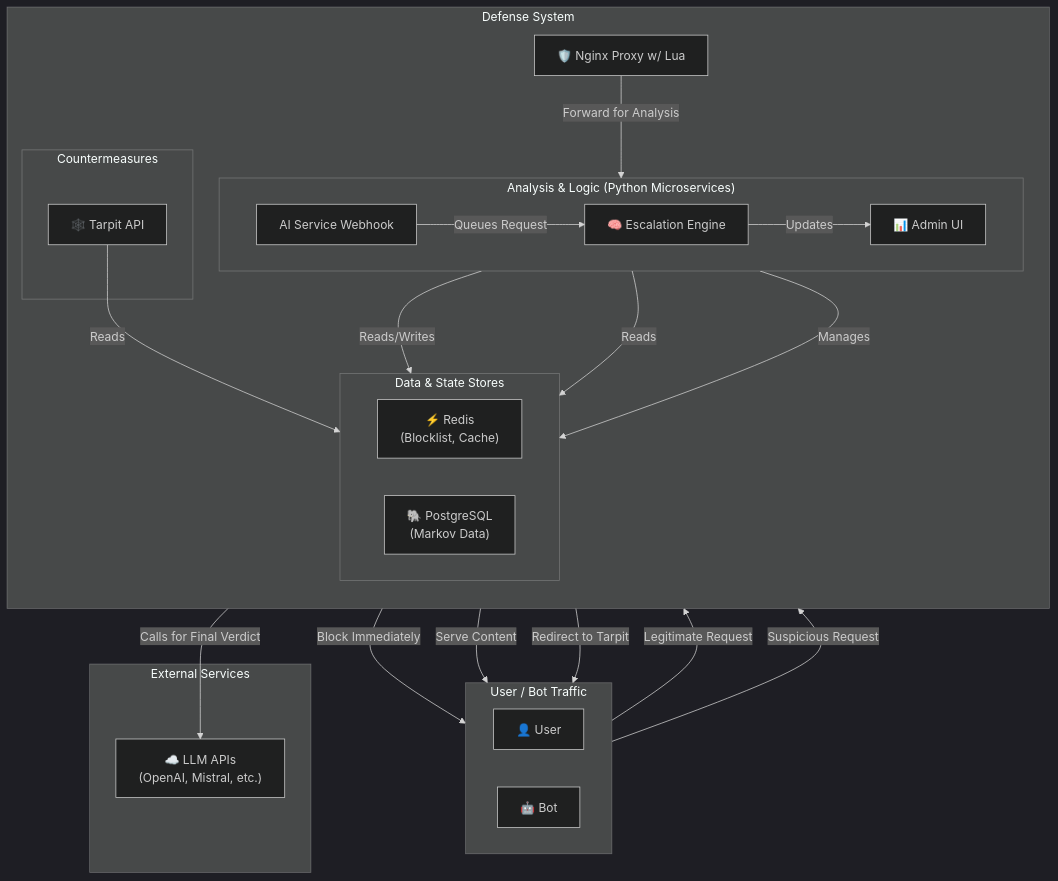
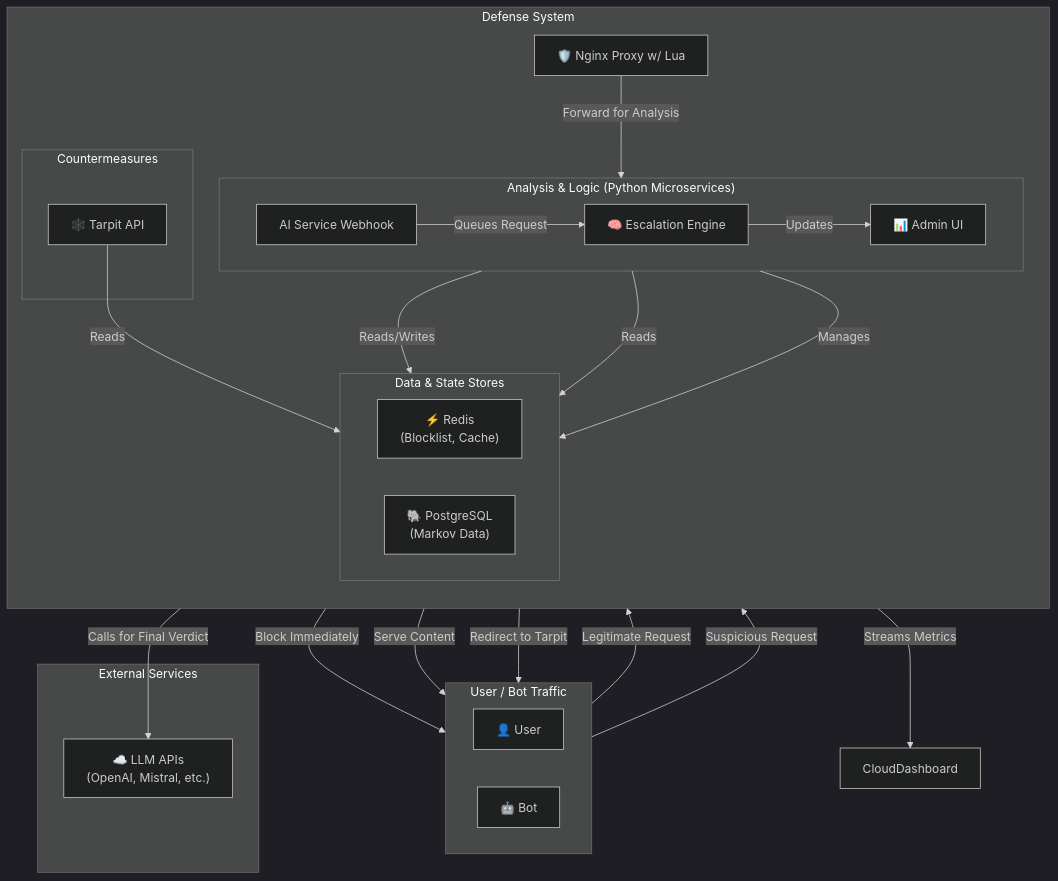
The third of 3 diagrams in docs/architecture.md (rhamenator/ai-scraping-defense), drawn with Mermaid (dark theme) before and after one commit. The commit also changed other lines of this file and 9 other files, not shown here.

Commit message:
Add cloud dashboard service

````diff
--- a/docs/architecture.md
+++ b/docs/architecture.md
@@ -107,52 +111,53 @@
 ```mermaid
 graph TD
     subgraph "User / Bot Traffic"
         direction LR
         User["👤 User"]
         Bot["🤖 Bot"]
     end
 
     subgraph "Defense System"
         direction TB
         Nginx["🛡️ Nginx Proxy w/ Lua"]
 
         subgraph "Analysis & Logic (Python Microservices)"
             direction LR
             AIService["AI Service Webhook"]
             EscalationEngine["🧠 Escalation Engine"]
             AdminUI["📊 Admin UI"]
         end
 
         subgraph "Countermeasures"
             TarpitAPI["🕸️ Tarpit API"]
         end
 
         subgraph "Data & State Stores"
             direction LR
             Redis["⚡ Redis\n(Blocklist, Cache)"]
             Postgres["🐘 PostgreSQL\n(Markov Data)"]
         end
     end
 
     subgraph "External Services"
         LLM["☁️ LLM APIs\n(OpenAI, Mistral, etc.)"]
     end
 
     User -->|Legitimate Request| Nginx
     Bot -->|Suspicious Request| Nginx
 
     Nginx -->|Block Immediately| Bot
     Nginx -->|Forward for Analysis| AIService
     Nginx -->|Serve Content| User
     Nginx -->|Redirect to Tarpit| Bot
 
     AIService -->|Queues Request| EscalationEngine
     EscalationEngine -->|Reads/Writes| Redis
     EscalationEngine -->|Reads| Postgres
     EscalationEngine -->|Calls for Final Verdict| LLM
     EscalationEngine -->|Updates| AdminUI
+    AdminUI -->|Streams Metrics| CloudDashboard
 
     AdminUI -->|Manages| Redis
 
     TarpitAPI -->|Reads| Postgres
 ```
````
